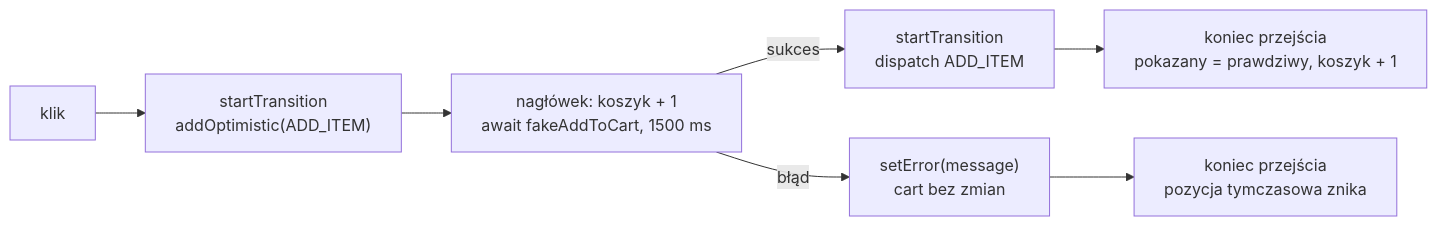
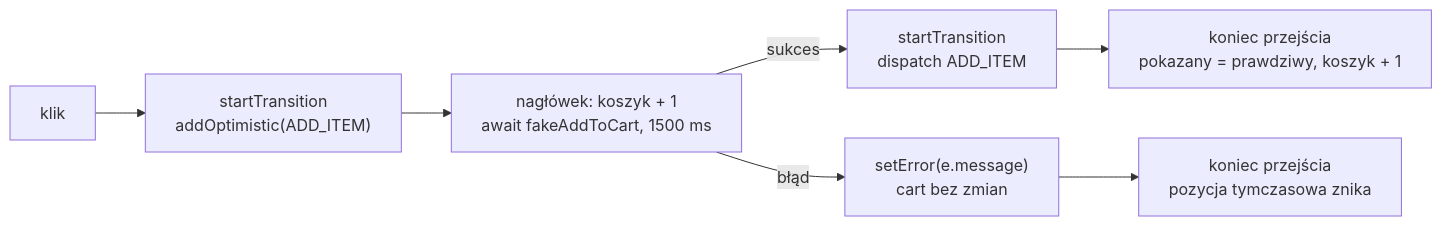
The diagram in lecture04/slides/slide_07_useoptimistic.md (mmiotk/frontend-development-ug), drawn with Mermaid before and after one commit. The commit also changed other lines of this file and 38 other files, not shown here.

````diff
--- a/lecture04/slides/slide_07_useoptimistic.md
+++ b/lecture04/slides/slide_07_useoptimistic.md
@@ -194,10 +224,10 @@
 ```mermaid
 %%{init: {"flowchart": {"wrappingWidth": 360}}}%%
 flowchart LR
     K["klik"] --> T["startTransition<br/>addOptimistic(ADD_ITEM)"]
     T --> W["nagłówek: koszyk + 1<br/>await fakeAddToCart, 1500 ms"]
     W -->|"sukces"| D["startTransition<br/>dispatch ADD_ITEM"]
-    W -->|"błąd"| E["setError(message)<br/>cart bez zmian"]
+    W -->|"błąd"| E["setError(e.message)<br/>cart bez zmian"]
     D --> F["koniec przejścia<br/>pokazany = prawdziwy, koszyk + 1"]
     E --> G["koniec przejścia<br/>pozycja tymczasowa znika"]
 ```
````
